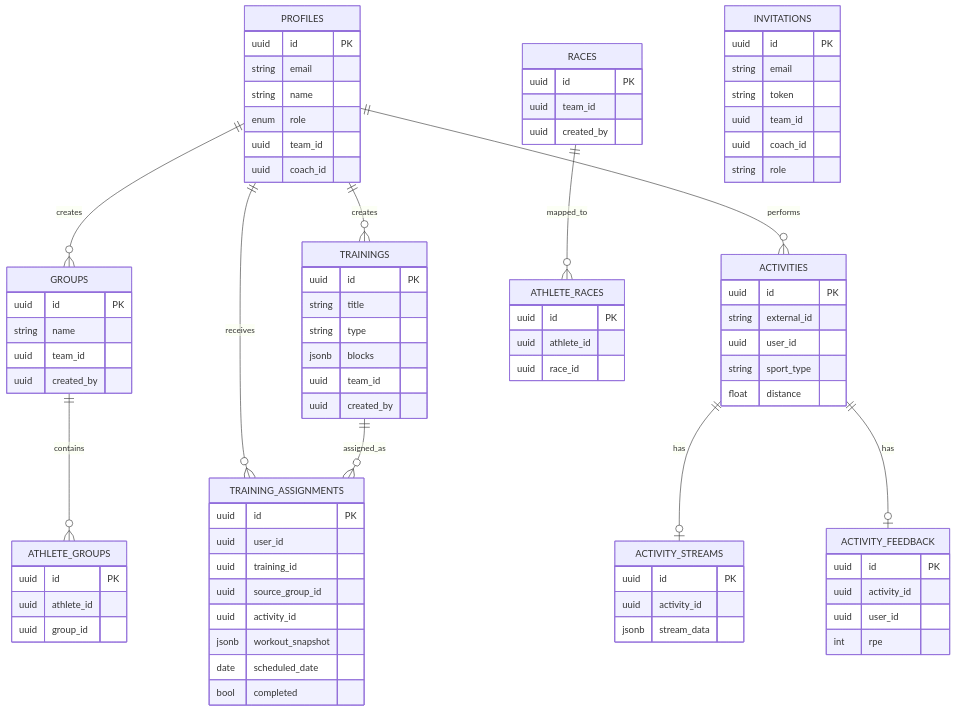
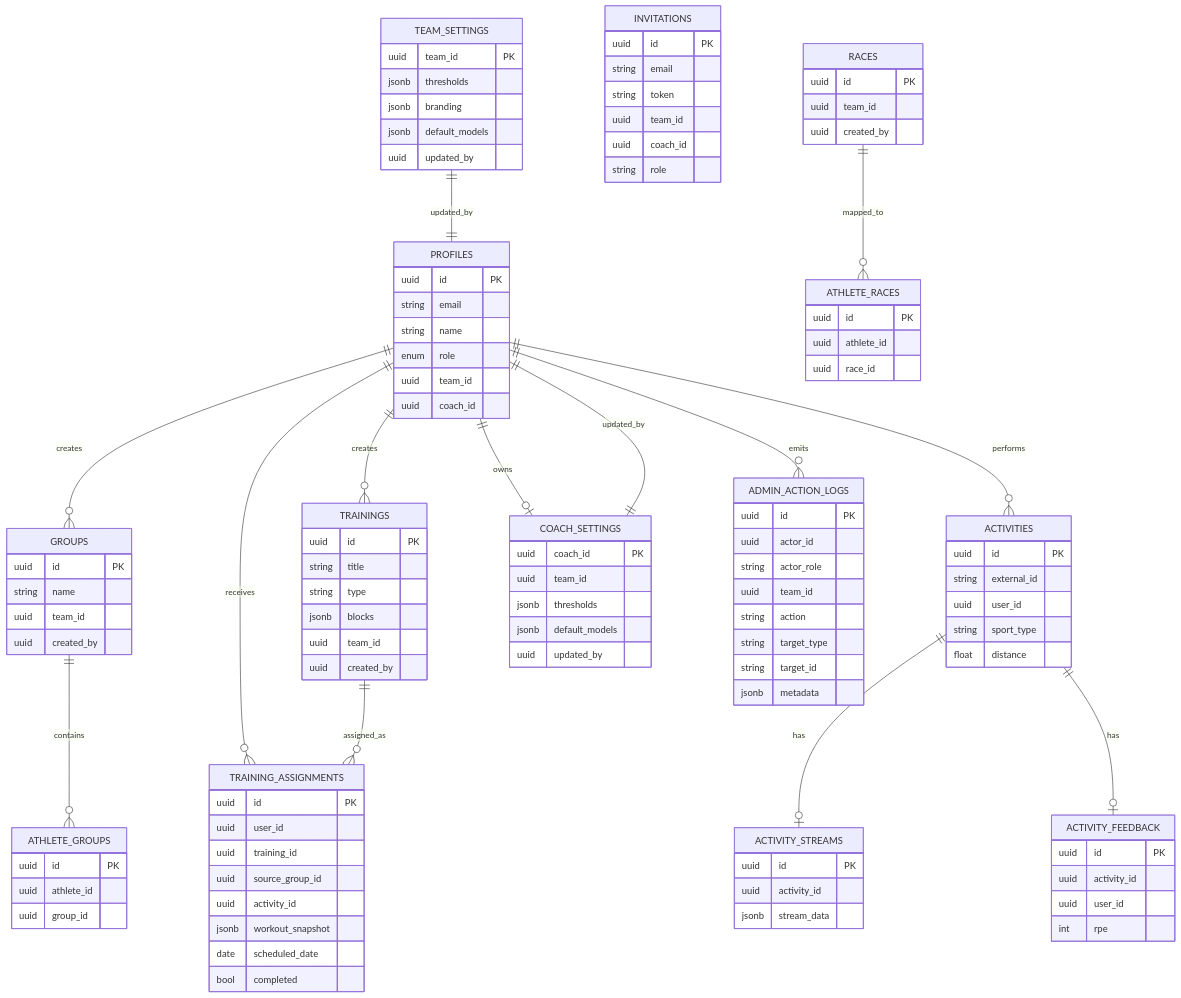
One commit to santiruffino/CoachHub-Running changed the diagram in documentation/models_and_relations.md. Above: the diagram before and after it, drawn with Mermaid. The commit also changed other lines of this file and 168 other files, not shown here.

Commit message:
Introduce audit logging, enhanced analytics, and comprehensive logging utilities. Add CoachOnboardingForm, admin role-safe audit logs UI, and Sentry instrumentation.

````diff
--- a/documentation/models_and_relations.md
+++ b/documentation/models_and_relations.md
@@ -90,6 +90,33 @@
         string role
     }
 
+    TEAM_SETTINGS {
+        uuid team_id PK
+        jsonb thresholds
+        jsonb branding
+        jsonb default_models
+        uuid updated_by
+    }
+
+    COACH_SETTINGS {
+        uuid coach_id PK
+        uuid team_id
+        jsonb thresholds
+        jsonb default_models
+        uuid updated_by
+    }
+
+    ADMIN_ACTION_LOGS {
+        uuid id PK
+        uuid actor_id
+        string actor_role
+        uuid team_id
+        string action
+        string target_type
+        string target_id
+        jsonb metadata
+    }
+
     PROFILES ||--o{ GROUPS : creates
     PROFILES ||--o{ TRAININGS : creates
     PROFILES ||--o{ ACTIVITIES : performs
@@ -99,4 +126,8 @@
     ACTIVITIES ||--o| ACTIVITY_STREAMS : has
     ACTIVITIES ||--o| ACTIVITY_FEEDBACK : has
     RACES ||--o{ ATHLETE_RACES : mapped_to
+    PROFILES ||--o| COACH_SETTINGS : owns
+    PROFILES ||--o{ ADMIN_ACTION_LOGS : emits
+    TEAM_SETTINGS ||--|| PROFILES : updated_by
+    COACH_SETTINGS ||--|| PROFILES : updated_by
 ```
````
